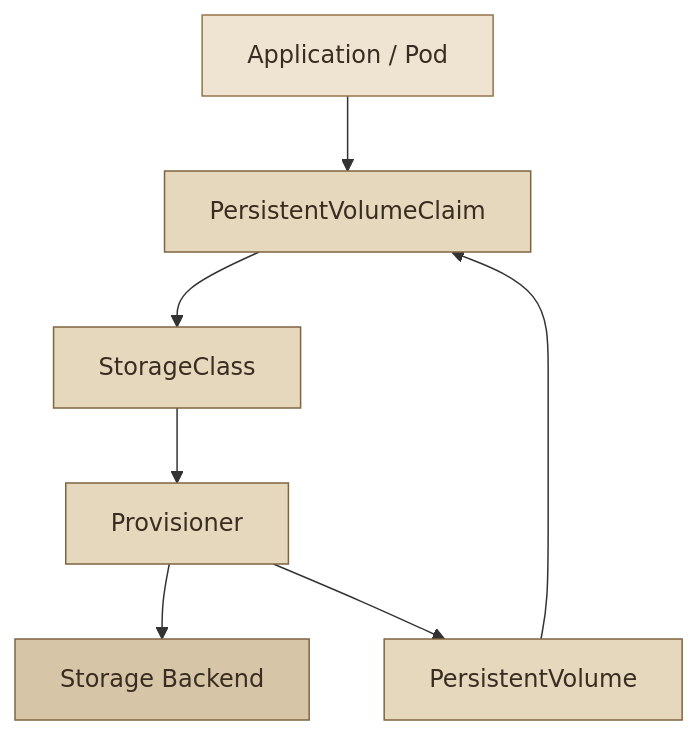
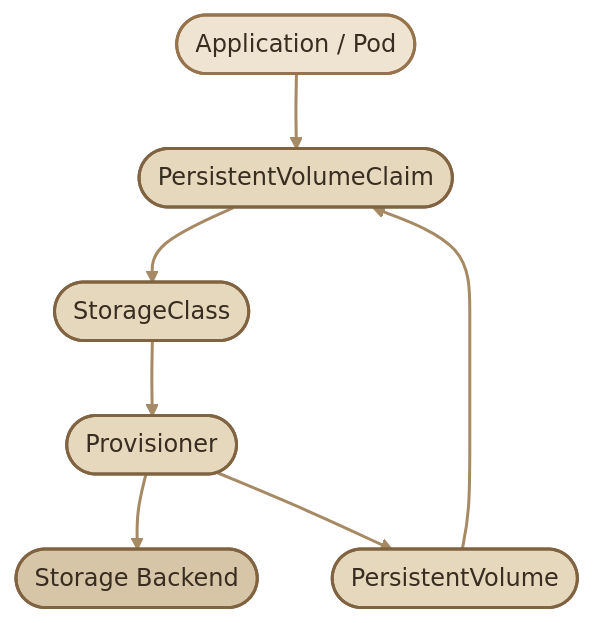
The first of 6 diagrams in content/container-orchestration/kubernetes/Storage/storage-classes.mdx (mustafammasoud/ops-handbook), drawn with Mermaid before and after one commit. The commit also changed other lines of this file and 1 other file, not shown here.

````diff
--- a/content/container-orchestration/kubernetes/Storage/storage-classes.mdx
+++ b/content/container-orchestration/kubernetes/Storage/storage-classes.mdx
@@ -69,17 +69,19 @@
 ```mermaid
 flowchart TD
-    A["Application / Pod"] --> B["PersistentVolumeClaim"]
-    B --> C["StorageClass"]
-    C --> D["Provisioner"]
-    D --> E["Storage Backend"]
-    D --> F["PersistentVolume"]
+    A(["Application / Pod"]) --> B(["PersistentVolumeClaim"])
+    B --> C(["StorageClass"])
+    C --> D(["Provisioner"])
+    D --> E(["Storage Backend"])
+    D --> F(["PersistentVolume"])
     F --> B
 
-    classDef app fill:#efe4d1,stroke:#96734b,color:#382d20
-    classDef control fill:#e5d8bd,stroke:#806442,color:#382d20
-    classDef backend fill:#d7c5a7,stroke:#806442,color:#382d20
+    classDef app fill:#efe4d1,stroke:#96734b,color:#382d20,stroke-width:2px
+    classDef control fill:#e5d8bd,stroke:#806442,color:#382d20,stroke-width:2px
+    classDef backend fill:#d7c5a7,stroke:#806442,color:#382d20,stroke-width:2px
 
     class A app
     class B,C,D,F control
     class E backend
+
+    linkStyle default stroke:#a58a64,stroke-width:2px
 ```
````
